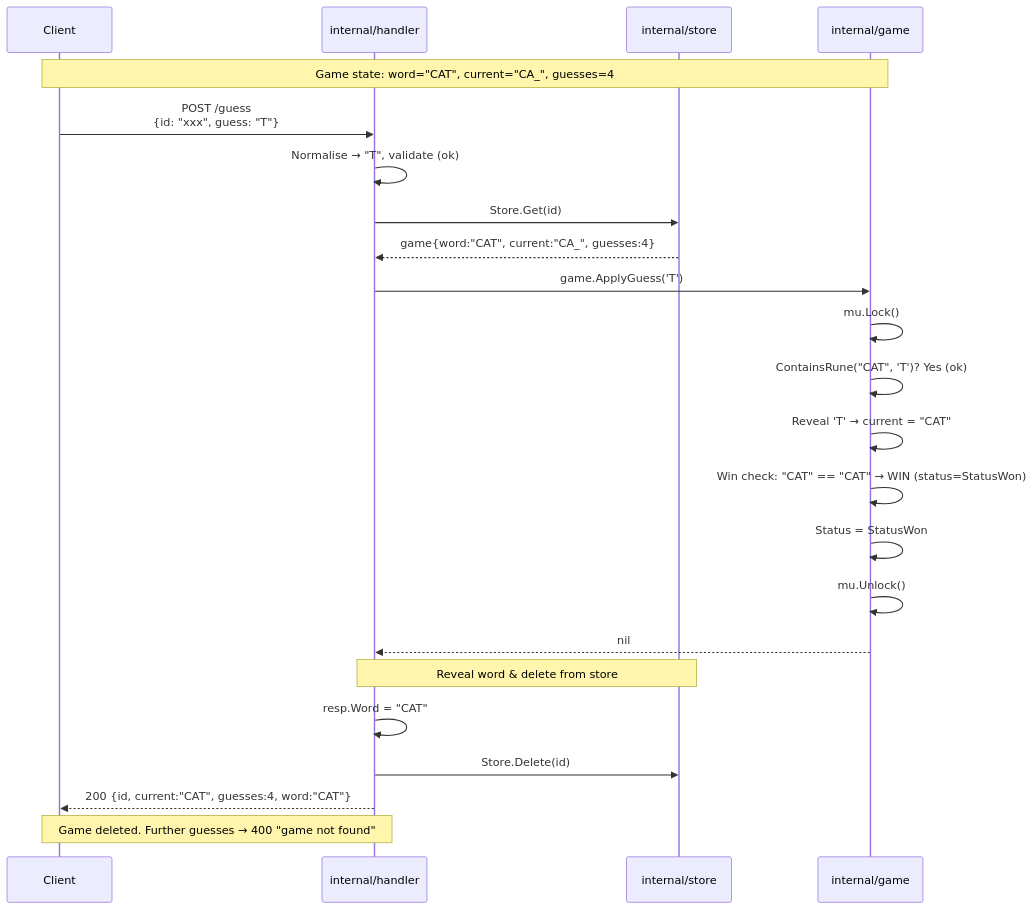
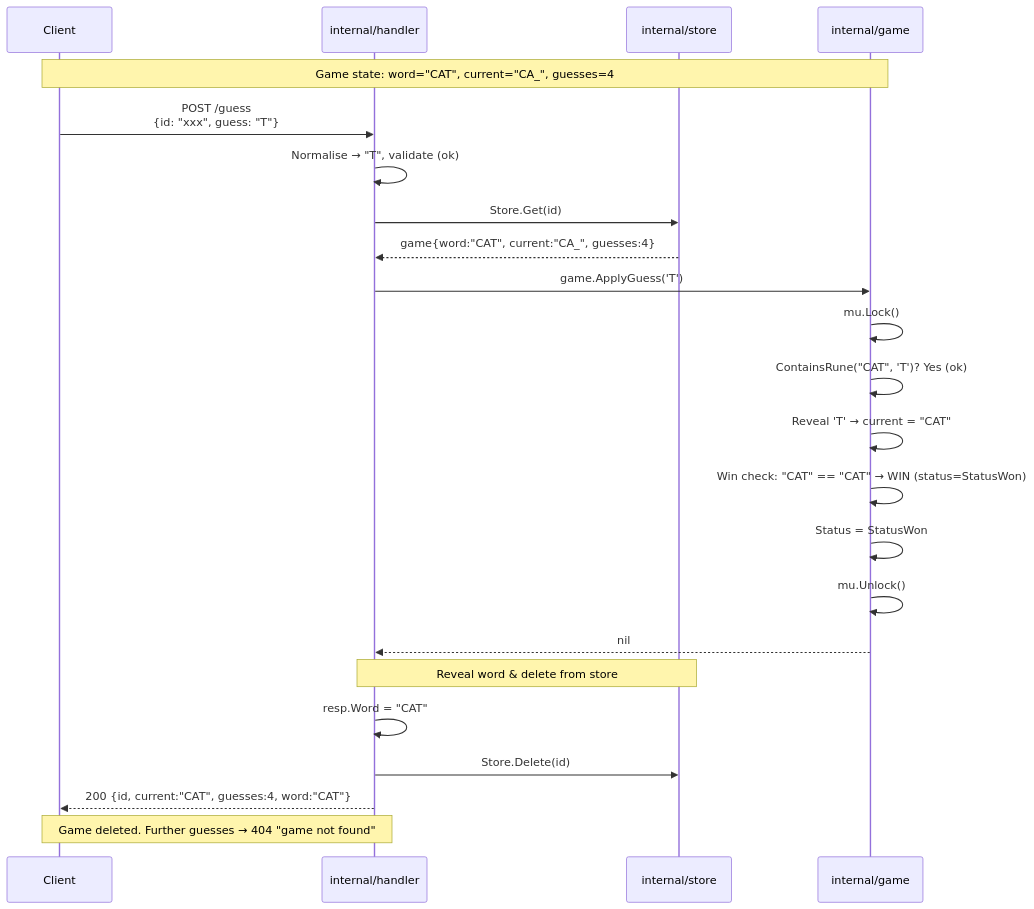
Before and after one commit to ajitm722/wordgame: the fourth of 12 diagrams in docs.md, drawn with Mermaid. The commit also changed other lines of this file and 1 other file, not shown here.

Commit message:
Minor fixes

````diff
--- a/docs.md
+++ b/docs.md
@@ -456,31 +456,31 @@
 ```mermaid
 sequenceDiagram
     participant Client
     participant Handler as internal/handler
     participant Store as internal/store
     participant Game as internal/game
 
     Note over Client,Game: Game state: word="CAT", current="CA_", guesses=4
 
     Client->>Handler: POST /guess<br/>{id: "xxx", guess: "T"}
     Handler->>Handler: Normalise → "T", validate (ok)
     Handler->>Store: Store.Get(id)
     Store-->>Handler: game{word:"CAT", current:"CA_", guesses:4}
 
     Handler->>Game: game.ApplyGuess('T')
     Game->>Game: mu.Lock()
     Game->>Game: ContainsRune("CAT", 'T')? Yes (ok)
     Game->>Game: Reveal 'T' → current = "CAT"
     Game->>Game: Win check: "CAT" == "CAT" → WIN (status=StatusWon)
     Game->>Game: Status = StatusWon
     Game->>Game: mu.Unlock()
     Game-->>Handler: nil
 
     Note over Handler,Store: Reveal word & delete from store
     Handler->>Handler: resp.Word = "CAT"
     Handler->>Store: Store.Delete(id)
 
     Handler-->>Client: 200 {id, current:"CAT", guesses:4, word:"CAT"}
 
-    Note over Client,Handler: Game deleted. Further guesses → 400 "game not found"
+    Note over Client,Handler: Game deleted. Further guesses → 404 "game not found"
 ```
````
